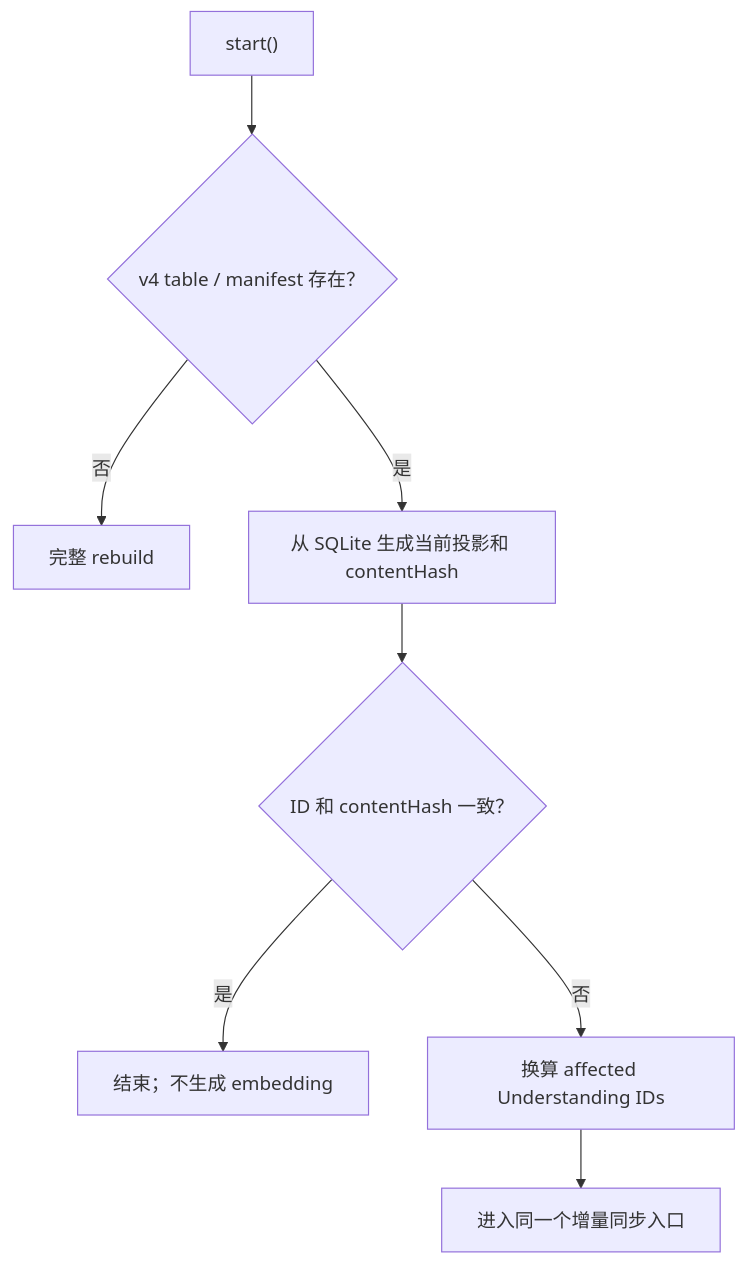
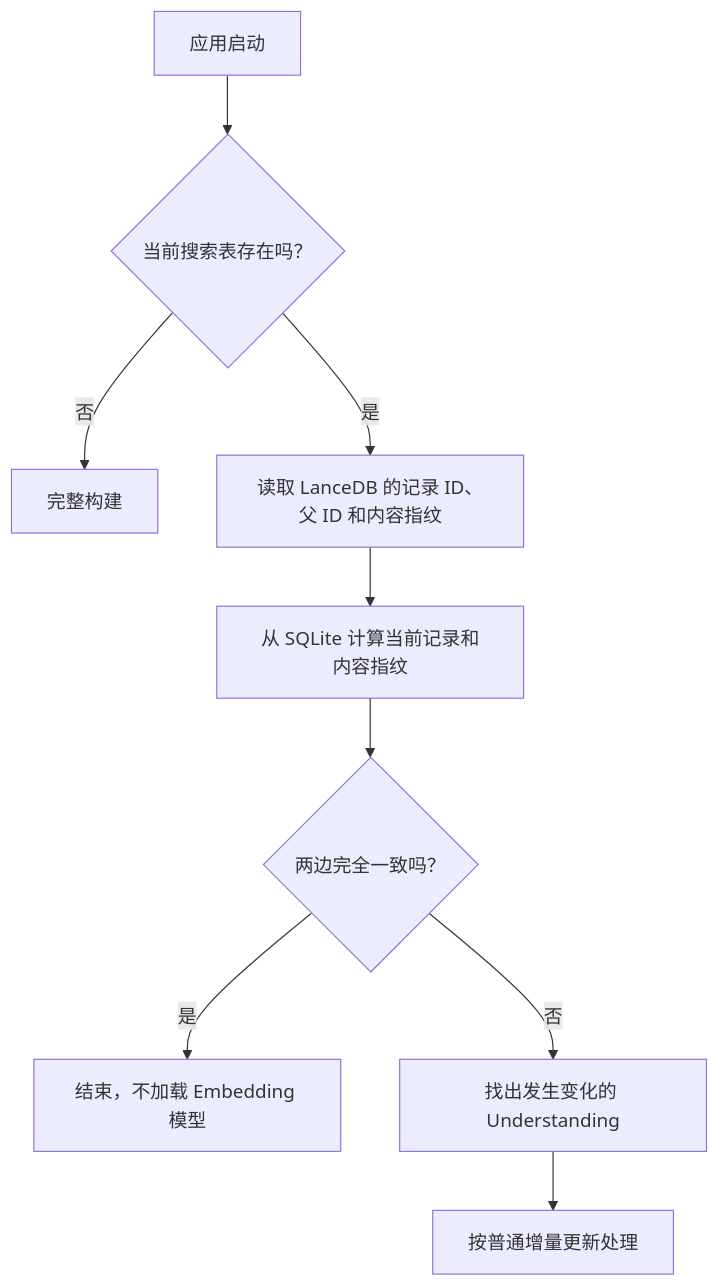
Before and after one commit to Floribunda1/reflecta: the fourth of 4 diagrams in docs/references/technical/retrieval-index-sync.md, drawn with Mermaid. The commit also changed other lines of this file and 1 other file, not shown here.

````diff
--- a/docs/references/technical/retrieval-index-sync.md
+++ b/docs/references/technical/retrieval-index-sync.md
@@ -234,10 +169,11 @@
 ```mermaid
 flowchart TD
-    Start["start()"] --> Manifest{"v4 table / manifest 存在？"}
-    Manifest -->|"否"| Rebuild["完整 rebuild"]
-    Manifest -->|"是"| Project["从 SQLite 生成当前投影和 contentHash"]
-    Project --> Compare{"ID 和 contentHash 一致？"}
-    Compare -->|"是"| Ready["结束；不生成 embedding"]
-    Compare -->|"否"| Affected["换算 affected Understanding IDs"]
-    Affected --> Incremental["进入同一个增量同步入口"]
+    Start["应用启动"] --> Exists{"当前搜索表存在吗？"}
+    Exists -->|"否"| Full["完整构建"]
+    Exists -->|"是"| List["读取 LanceDB 的记录 ID、父 ID 和内容指纹"]
+    List --> Current["从 SQLite 计算当前记录和内容指纹"]
+    Current --> Same{"两边完全一致吗？"}
+    Same -->|"是"| Done["结束，不加载 Embedding 模型"]
+    Same -->|"否"| Changed["找出发生变化的 Understanding"]
+    Changed --> Update["按普通增量更新处理"]
 ```
````
